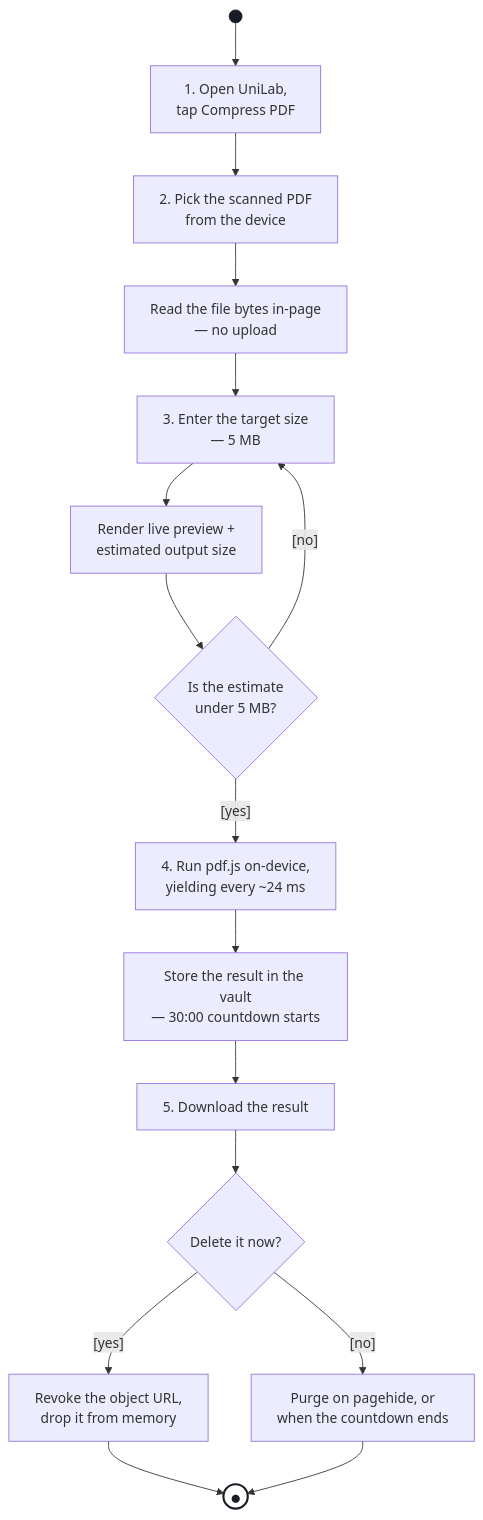
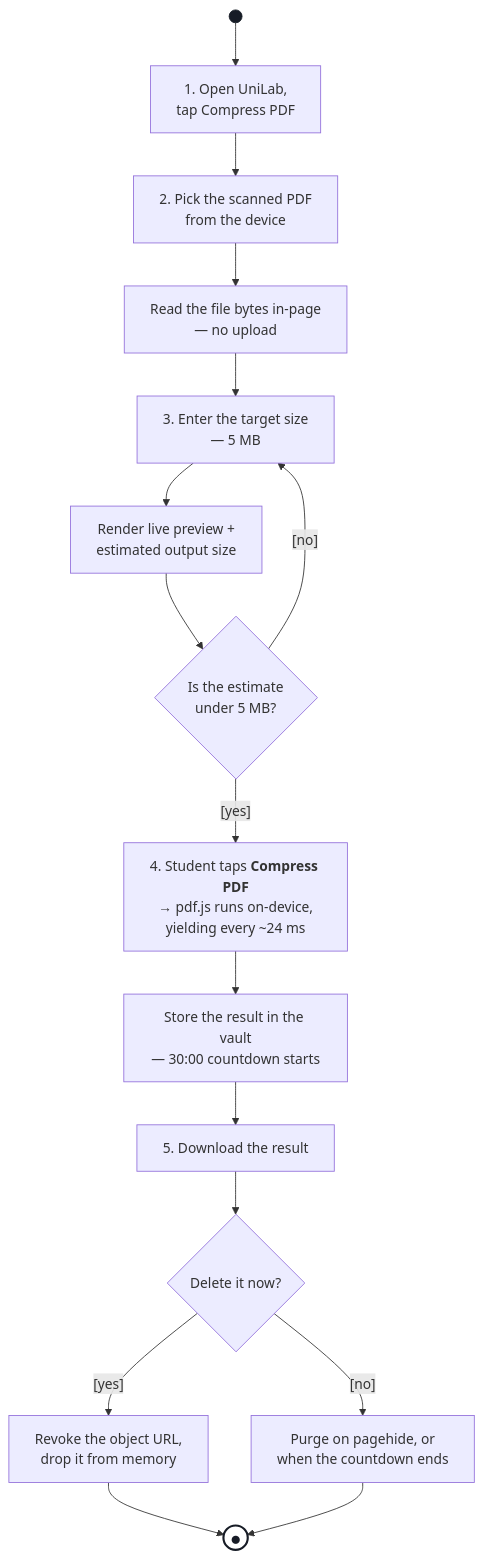
The third of 3 diagrams in .docs/02-design/diagrams.md (Thiha-Lynn/unilab), drawn with Mermaid before and after one commit. The commit also changed other lines of this file and 13 other files, not shown here.

````diff
--- a/.docs/02-design/diagrams.md
+++ b/.docs/02-design/diagrams.md
@@ -197,26 +197,26 @@
 ```mermaid
 flowchart TB
     START(( ))
     S1["1. Open UniLab,<br/>tap Compress PDF"]
     S2["2. Pick the scanned PDF<br/>from the device"]
     READ["Read the file bytes in-page<br/>— no upload"]
     S3["3. Enter the target size<br/>— 5 MB"]
     EST["Render live preview +<br/>estimated output size"]
     CAP{"Is the estimate<br/>under 5 MB?"}
-    S4["4. Run pdf.js on-device,<br/>yielding every ~24 ms"]
+    S4["4. Student taps <b>Compress PDF</b><br/>→ pdf.js runs on-device,<br/>yielding every ~24 ms"]
     STORE["Store the result in the vault<br/>— 30:00 countdown starts"]
     S5["5. Download the result"]
     DISP{"Delete it now?"}
     DEL["Revoke the object URL,<br/>drop it from memory"]
     EXP["Purge on pagehide, or<br/>when the countdown ends"]
     FINAL(("●"))
 
     START --> S1 --> S2 --> READ --> S3 --> EST --> CAP
     CAP -- "[no]" --> S3
     CAP -- "[yes]" --> S4 --> STORE --> S5 --> DISP
     DISP -- "[yes]" --> DEL --> FINAL
     DISP -- "[no]" --> EXP --> FINAL
 
     style START fill:#171c26,stroke:#171c26
     style FINAL fill:#ffffff,stroke:#171c26,stroke-width:2.5px,color:#171c26,font-size:22px
 ```
````
